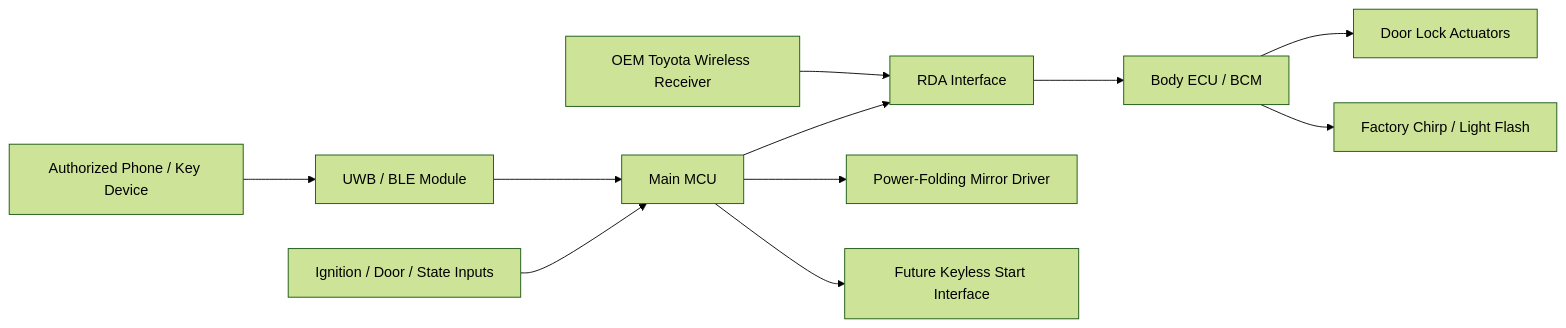
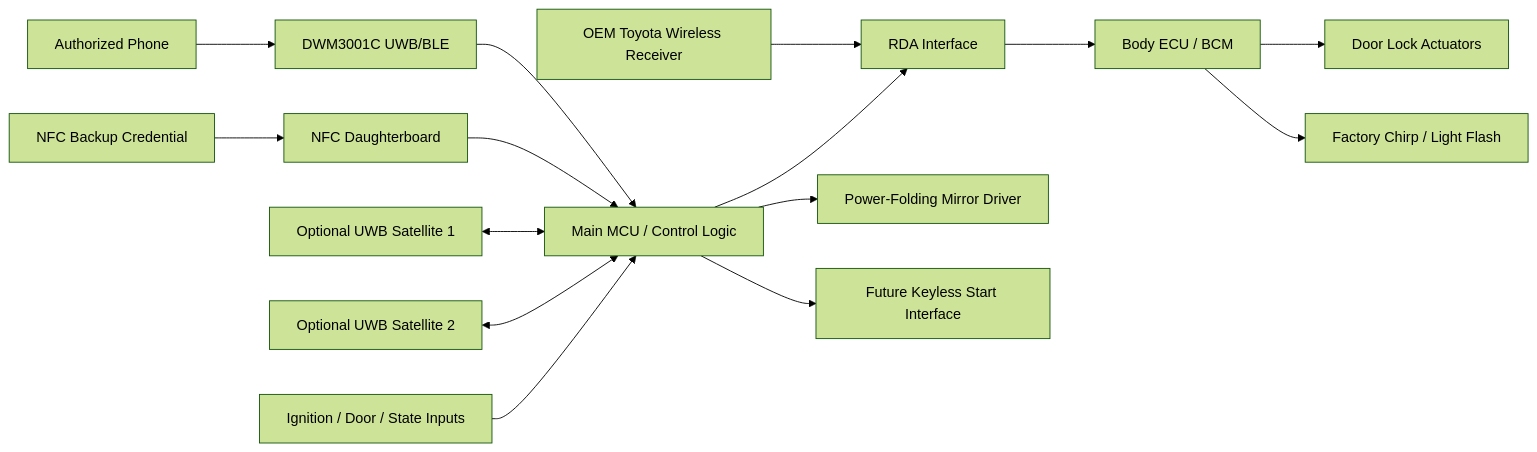
One commit to wildc4t-workshop/CeliKey changed the first of 2 diagrams in CELIKEY_PCB_CONCEPT.md. Above: the diagram before and after it, drawn with Mermaid (forest theme). The commit also changed other lines of this file and 4 other files, not shown here.

````diff
--- a/CELIKEY_PCB_CONCEPT.md
+++ b/CELIKEY_PCB_CONCEPT.md
@@ -43,28 +124,36 @@
 ```mermaid
 flowchart LR
-    Phone[Authorized Phone / Key Device]
-    Radio[UWB / BLE Module]
-    MCU[Main MCU]
+    Phone[Authorized Phone]
+    Card[NFC Backup Credential]
+    Radio[DWM3001C UWB/BLE]
+    NFC[NFC Daughterboard]
+    MCU[Main MCU / Control Logic]
     RDA[RDA Interface]
     RX[OEM Toyota Wireless Receiver]
     BCM[Body ECU / BCM]
     Locks[Door Lock Actuators]
     Ack[Factory Chirp / Light Flash]
     Mirrors[Power-Folding Mirror Driver]
     Start[Future Keyless Start Interface]
     Inputs[Ignition / Door / State Inputs]
+    Sat1[Optional UWB Satellite 1]
+    Sat2[Optional UWB Satellite 2]
 
     Phone --> Radio
+    Card --> NFC
     Radio --> MCU
+    NFC --> MCU
+    Sat1 <--> MCU
+    Sat2 <--> MCU
     Inputs --> MCU
 
     RX --> RDA
     MCU --> RDA
     RDA --> BCM
 
     BCM --> Locks
     BCM --> Ack
 
     MCU --> Mirrors
     MCU --> Start
 ```
````
